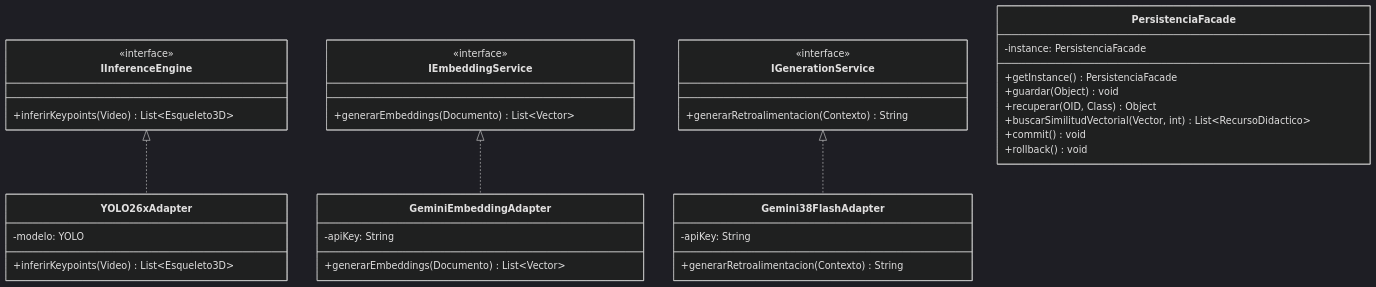
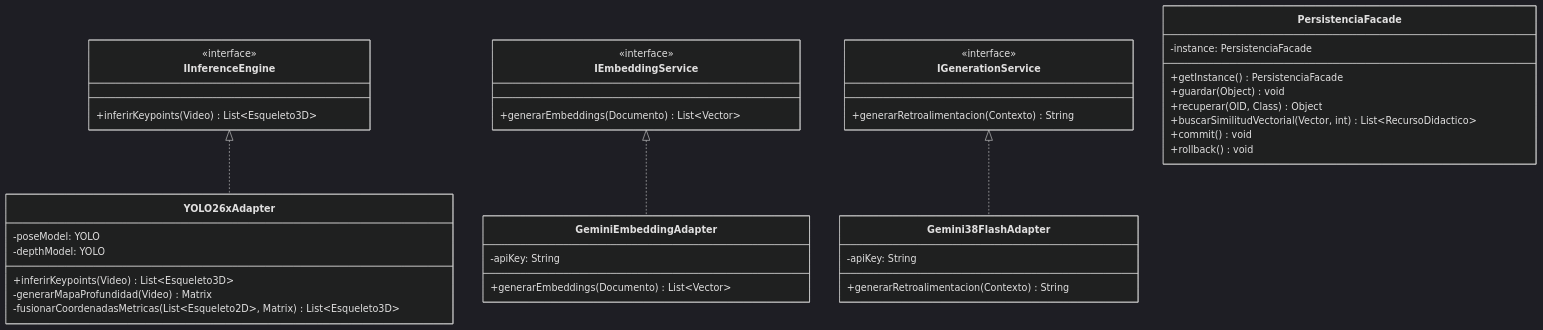
The tenth of 11 diagrams in README.md (Tsmrain/JiuJitsu), drawn with Mermaid (dark theme) before and after one commit. The commit also changed other lines of this file, not shown here.

Commit message:
feat: implement hybrid depth fusion pipeline using YOLO26x-Pose and YOLO26x-depth for precise 3D spatial positioning

````diff
--- a/README.md
+++ b/README.md
@@ -933,46 +940,49 @@
 ```mermaid
 classDiagram
     class IInferenceEngine {
         <<interface>>
         +inferirKeypoints(Video) List~Esqueleto3D~
     }
 
     class YOLO26xAdapter {
-        -modelo: YOLO
+        -poseModel: YOLO
+        -depthModel: YOLO
         +inferirKeypoints(Video) List~Esqueleto3D~
+        -generarMapaProfundidad(Video) Matrix
+        -fusionarCoordenadasMetricas(List~Esqueleto2D~, Matrix) List~Esqueleto3D~
     }
 
     class IEmbeddingService {
         <<interface>>
         +generarEmbeddings(Documento) List~Vector~
     }
 
     class GeminiEmbeddingAdapter {
         -apiKey: String
         +generarEmbeddings(Documento) List~Vector~
     }
 
     class IGenerationService {
         <<interface>>
         +generarRetroalimentacion(Contexto) String
     }
 
     class Gemini38FlashAdapter {
         -apiKey: String
         +generarRetroalimentacion(Contexto) String
     }
 
     class PersistenciaFacade {
         -instance: PersistenciaFacade
         +getInstance() PersistenciaFacade
         +guardar(Object) void
         +recuperar(OID, Class) Object
         +buscarSimilitudVectorial(Vector, int) List~RecursoDidactico~
         +commit() void
         +rollback() void
     }
 
     IInferenceEngine <|.. YOLO26xAdapter
     IEmbeddingService <|.. GeminiEmbeddingAdapter
     IGenerationService <|.. Gemini38FlashAdapter
 ```
````
